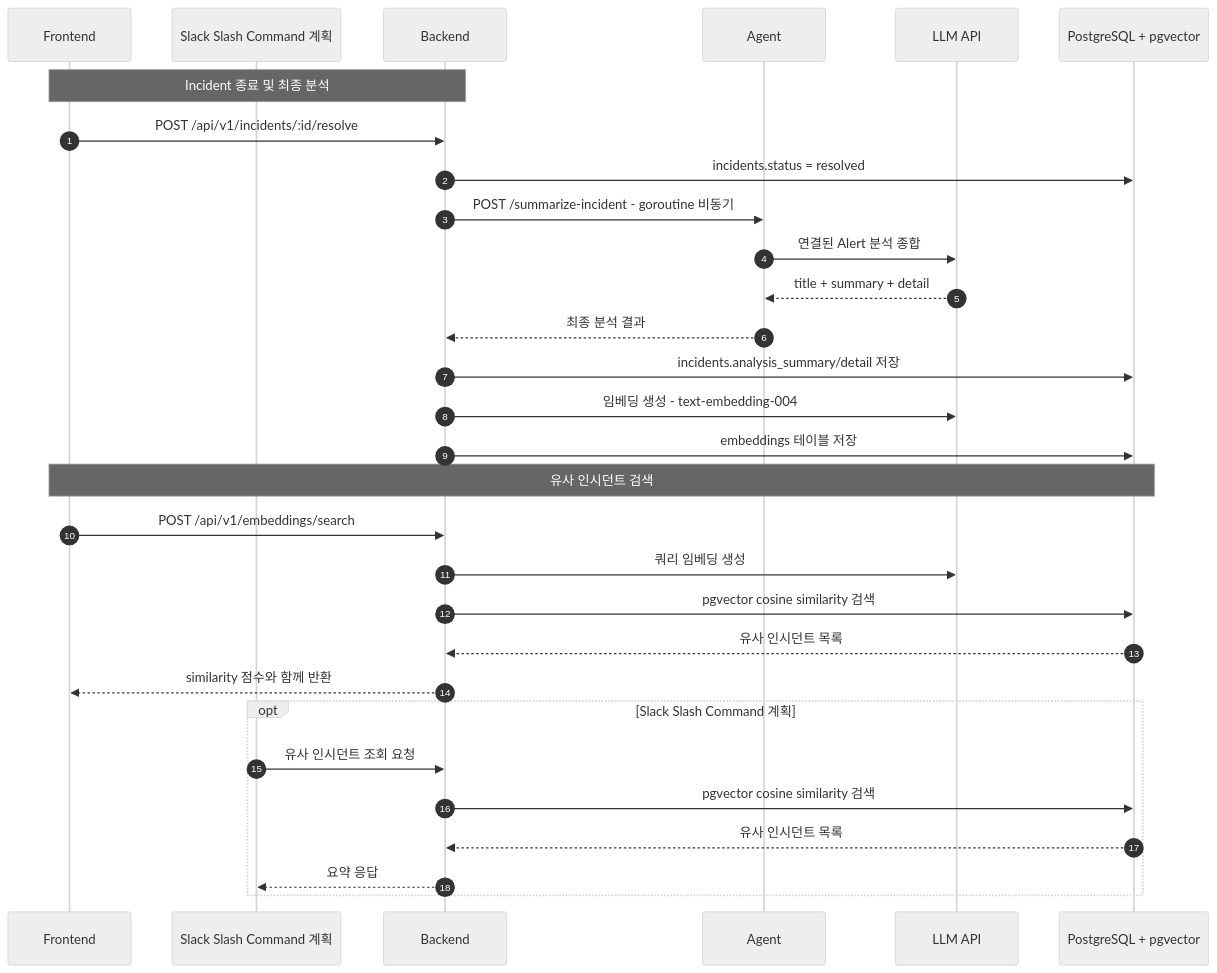
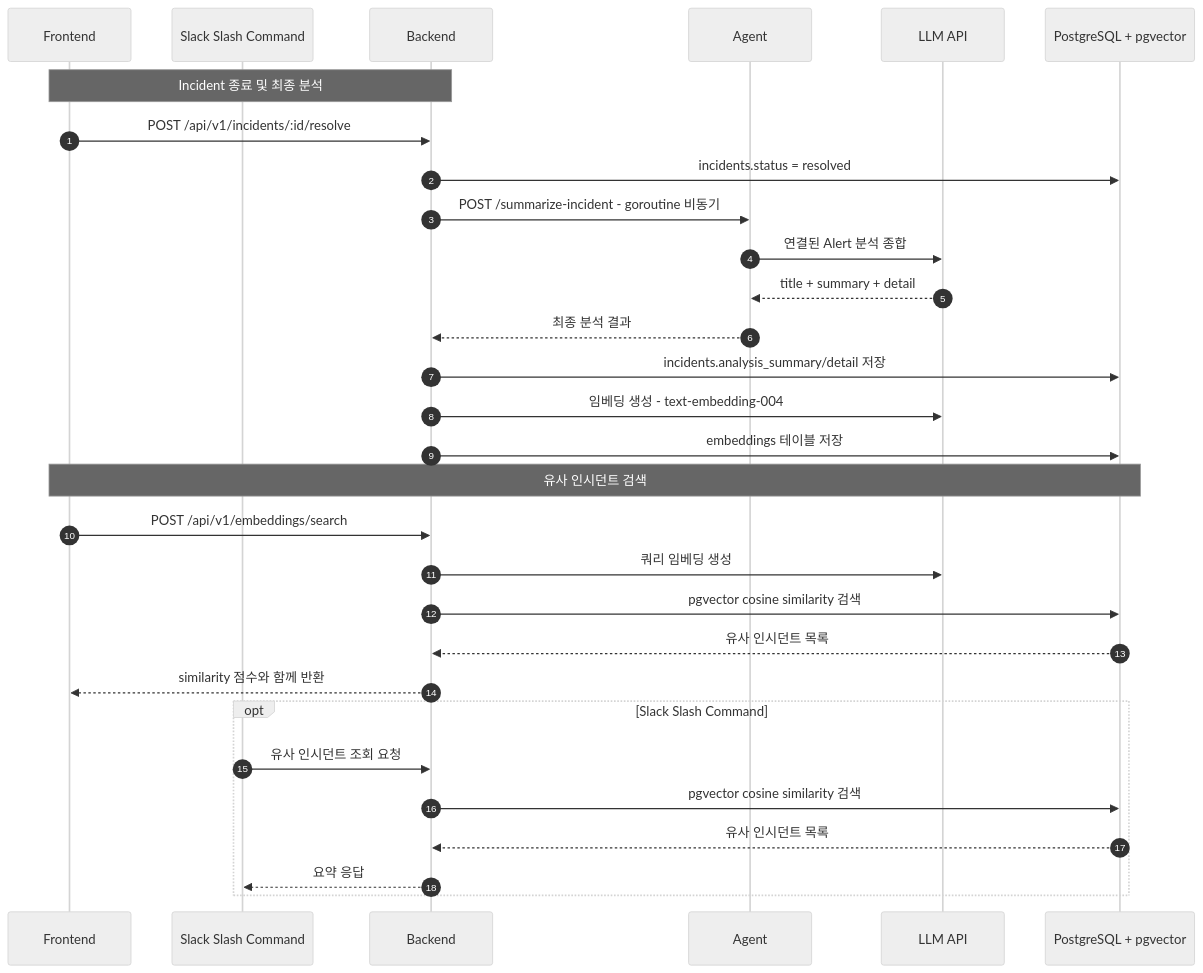
One commit to kube-rca/kuberca changed the diagram in docs/diagrams/incident_analysis_sequence_diagram.md. Above: the diagram before and after it, drawn with Mermaid (neutral theme). The commit also changed 4 other files, not shown here.

Commit message:
docs(github): remove status labels from docs and diagrams

````diff
--- a/docs/diagrams/incident_analysis_sequence_diagram.md
+++ b/docs/diagrams/incident_analysis_sequence_diagram.md
@@ -1,35 +1,35 @@
 ```mermaid
 sequenceDiagram
   autonumber
   participant FE as Frontend
-  participant SC as Slack Slash Command 계획
+  participant SC as Slack Slash Command
   participant BE as Backend
   participant AG as Agent
   participant LLM as LLM API
   participant DB as PostgreSQL + pgvector
 
   Note over FE,BE: Incident 종료 및 최종 분석
   FE->>BE: POST /api/v1/incidents/:id/resolve
   BE->>DB: incidents.status = resolved
   BE->>AG: POST /summarize-incident - goroutine 비동기
   AG->>LLM: 연결된 Alert 분석 종합
   LLM-->>AG: title + summary + detail
   AG-->>BE: 최종 분석 결과
   BE->>DB: incidents.analysis_summary/detail 저장
   BE->>LLM: 임베딩 생성 - text-embedding-004
   BE->>DB: embeddings 테이블 저장
 
   Note over FE,DB: 유사 인시던트 검색
   FE->>BE: POST /api/v1/embeddings/search
   BE->>LLM: 쿼리 임베딩 생성
   BE->>DB: pgvector cosine similarity 검색
   DB-->>BE: 유사 인시던트 목록
   BE-->>FE: similarity 점수와 함께 반환
 
-  opt Slack Slash Command 계획
+  opt Slack Slash Command
     SC->>BE: 유사 인시던트 조회 요청
     BE->>DB: pgvector cosine similarity 검색
     DB-->>BE: 유사 인시던트 목록
     BE-->>SC: 요약 응답
   end
 ```
````
